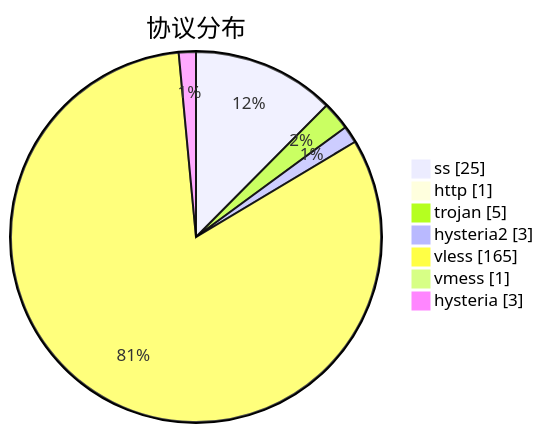
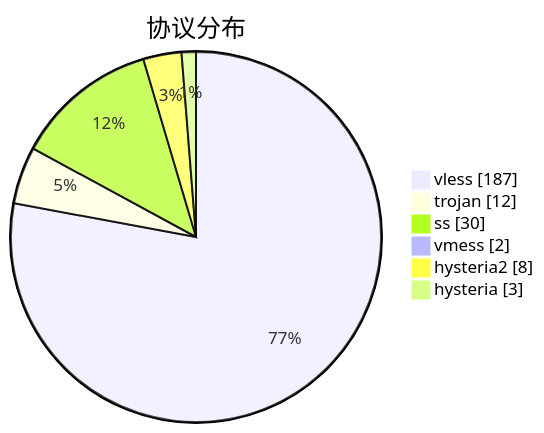
The third of 3 diagrams in subs/statistics/tested_within.md (sinspired/airport), drawn with Mermaid before and after one commit. The commit also changed other lines of this file and 2 other files, not shown here.

````diff
--- a/subs/statistics/tested_within.md
+++ b/subs/statistics/tested_within.md
@@ -40,11 +40,10 @@
 ```mermaid
 pie showData
 title 协议分布
-"ss" : 25
-"http" : 1
-"trojan" : 5
-"hysteria2" : 3
-"vless" : 165
-"vmess" : 1
+"vless" : 187
+"trojan" : 12
+"ss" : 30
+"vmess" : 2
+"hysteria2" : 8
 "hysteria" : 3
 ```
````
